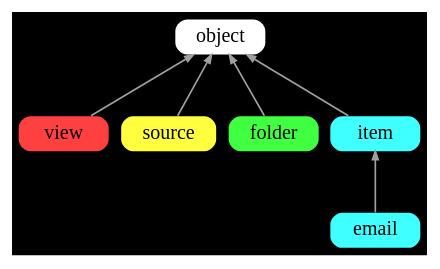
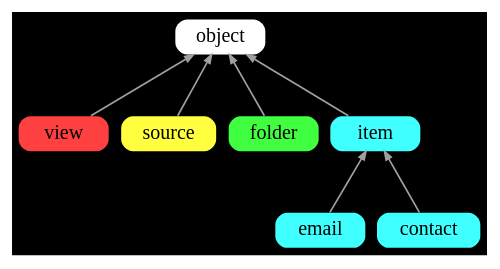
The diagram in inherit.gv (neomutt/test-arch), drawn with Graphviz before and after one commit. The commit also changed 16 other files, not shown here.

```diff
--- a/inherit.gv
+++ b/inherit.gv
@@ -1,42 +1,44 @@
 digraph inherit {
 	graph [
 		rankdir="BT"
 		bgcolor="black"
 		color="white"
 		nodesep="0.1"
 		ranksep="0.5"
 	];
 
 	node [
 		shape="Mrecord"
 		fontsize="12"
 		style="filled"
 		height="0.2"
 		penwidth="0.0"
 	];
 
 	edge [
 		penwidth="1.0"
 		color="#A0A0A0"
 		arrowsize="0.5"
 	];
 
 
-	object [ fillcolor="#ffffff" ];
-	view   [ fillcolor="#ff4040" ];
-	source [ fillcolor="#ffff40" ];
-	folder [ fillcolor="#40ff40" ];
-	item   [ fillcolor="#40ffff" ];
-	email  [ fillcolor="#40ffff" ];
+	object  [ fillcolor="#ffffff" ];
+	view    [ fillcolor="#ff4040" ];
+	source  [ fillcolor="#ffff40" ];
+	folder  [ fillcolor="#40ff40" ];
+	item    [ fillcolor="#40ffff" ];
+	email   [ fillcolor="#40ffff" ];
+	contact [ fillcolor="#40ffff" ];
 
 	// config;
 	// panel;
 	// plugin;
 
-	view   -> object;
-	source -> object;
-	folder -> object;
-	item   -> object;
-	email  -> item;
+	view    -> object;
+	source  -> object;
+	folder  -> object;
+	item    -> object;
+	email   -> item;
+	contact -> item;
 
 }
```
